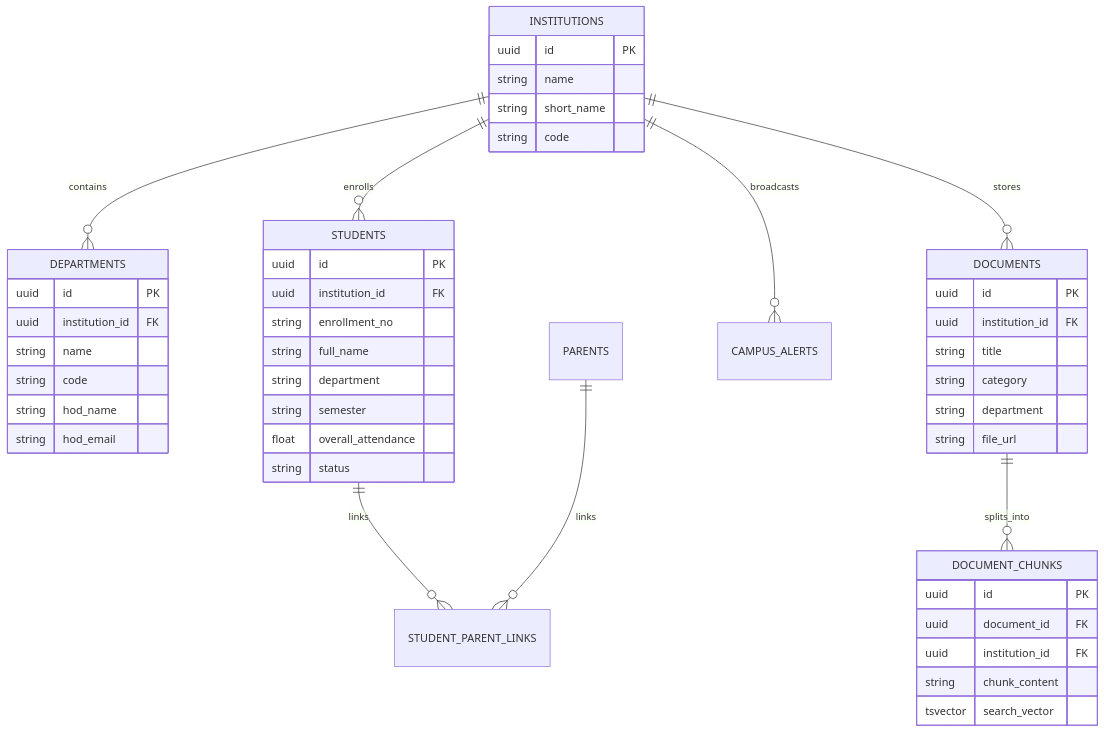
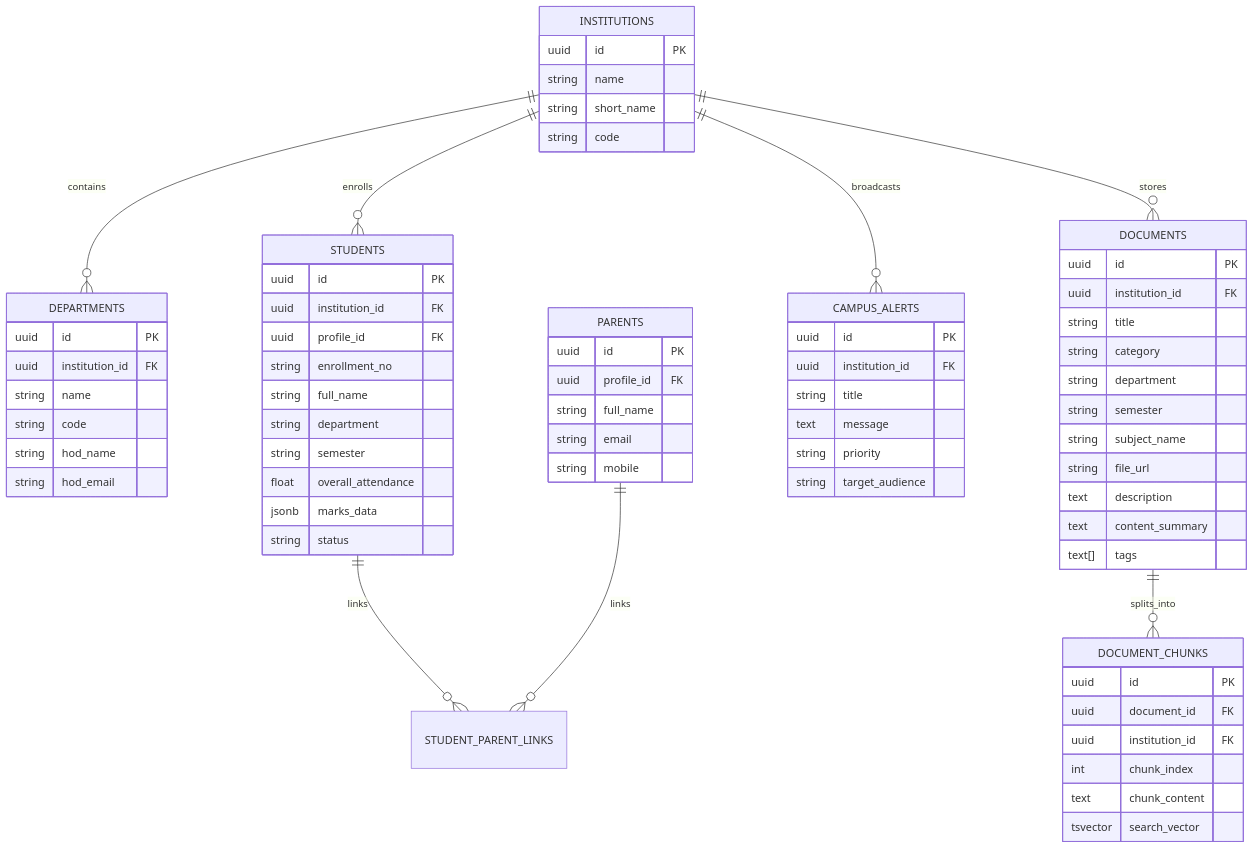
Before and after one commit to BIPINRVANJARA/Eduai: the third of 4 diagrams in PRD.md, drawn with Mermaid. The commit also changed other lines of this file, not shown here.

Commit message:
docs: update PRD to v3.0.0 reflecting multi-tenant RAG, GTU solvers, exam engine, and mobile deployment

````diff
--- a/PRD.md
+++ b/PRD.md
@@ -206,50 +213,73 @@
 ```mermaid
 erDiagram
     INSTITUTIONS ||--o{ DEPARTMENTS : contains
     INSTITUTIONS ||--o{ STUDENTS : enrolls
     INSTITUTIONS ||--o{ DOCUMENTS : stores
     INSTITUTIONS ||--o{ CAMPUS_ALERTS : broadcasts
     STUDENTS ||--o{ STUDENT_PARENT_LINKS : links
     PARENTS ||--o{ STUDENT_PARENT_LINKS : links
     DOCUMENTS ||--o{ DOCUMENT_CHUNKS : splits_into
 
     INSTITUTIONS {
         uuid id PK
         string name
         string short_name
         string code
     }
     DEPARTMENTS {
         uuid id PK
         uuid institution_id FK
         string name
         string code
         string hod_name
         string hod_email
     }
     STUDENTS {
         uuid id PK
         uuid institution_id FK
+        uuid profile_id FK
         string enrollment_no
         string full_name
         string department
         string semester
         float overall_attendance
+        jsonb marks_data
         string status
+    }
+    PARENTS {
+        uuid id PK
+        uuid profile_id FK
+        string full_name
+        string email
+        string mobile
     }
     DOCUMENTS {
         uuid id PK
         uuid institution_id FK
         string title
         string category
         string department
+        string semester
+        string subject_name
         string file_url
+        text description
+        text content_summary
+        text[] tags
     }
     DOCUMENT_CHUNKS {
         uuid id PK
         uuid document_id FK
         uuid institution_id FK
-        string chunk_content
+        int chunk_index
+        text chunk_content
         tsvector search_vector
     }
+    CAMPUS_ALERTS {
+        uuid id PK
+        uuid institution_id FK
+        string title
+        text message
+        string priority
+        string target_audience
+    }
 ```
````
